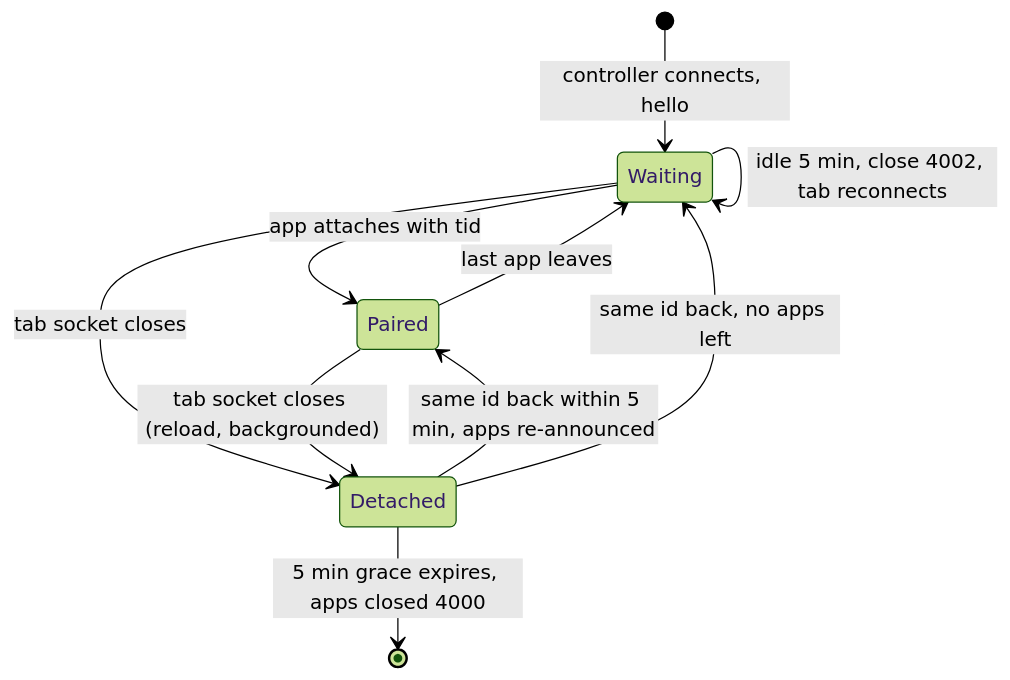
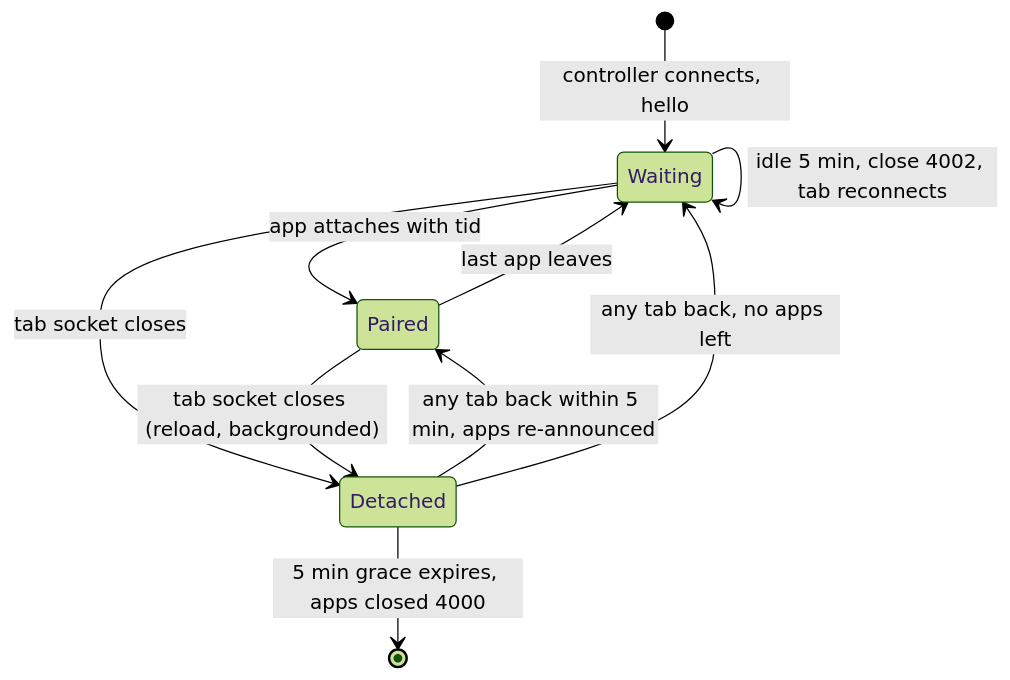
The third of 3 diagrams in docs/developer/use-cases/coyote-pairing.md (lumbar-spine-support/docker-haptic-player), drawn with Mermaid (forest theme) before and after one commit. The commit also changed other lines of this file and 6 other files, not shown here.

````diff
--- a/docs/developer/use-cases/coyote-pairing.md
+++ b/docs/developer/use-cases/coyote-pairing.md
@@ -81,12 +81,12 @@
 ```mermaid
 stateDiagram-v2
   [*] --> Waiting: controller connects, hello
   Waiting --> Paired: app attaches with tid
   Paired --> Waiting: last app leaves
   Waiting --> Waiting: idle 5 min, close 4002, tab reconnects
   Waiting --> Detached: tab socket closes
   Paired --> Detached: tab socket closes (reload, backgrounded)
-  Detached --> Paired: same id back within 5 min, apps re-announced
-  Detached --> Waiting: same id back, no apps left
+  Detached --> Paired: any tab back within 5 min, apps re-announced
+  Detached --> Waiting: any tab back, no apps left
   Detached --> [*]: 5 min grace expires, apps closed 4000
 ```
````
